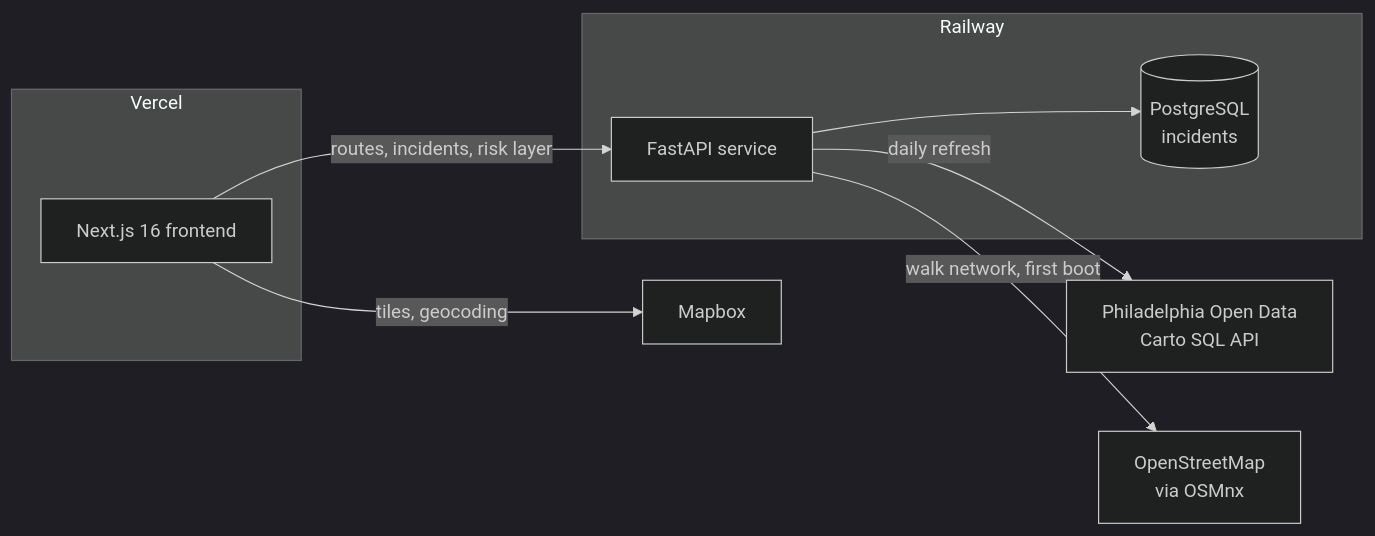
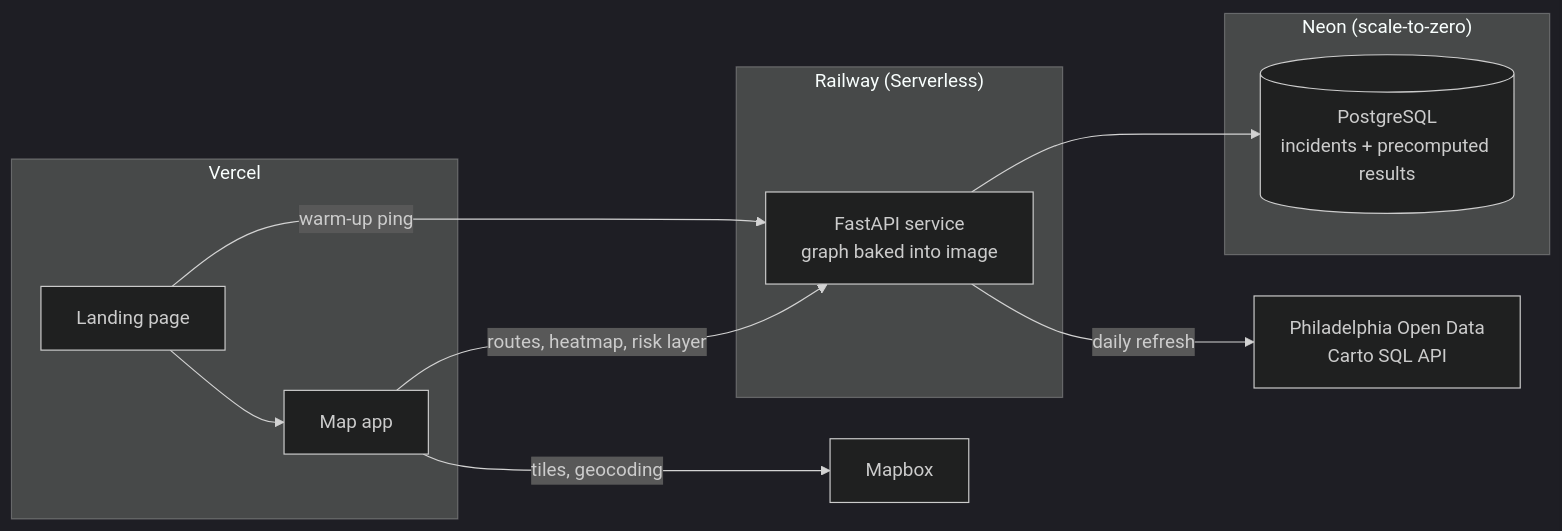
One commit to malikcodeseverything/tuMaps changed the diagram in README.md. Above: the diagram before and after it, drawn with Mermaid (dark theme). The commit also changed other lines of this file and 29 other files, not shown here.

Commit message:
Fast cold starts, landing page redesign, Neon-ready backend

````diff
--- a/README.md
+++ b/README.md
@@ -22,15 +23,17 @@
 ```mermaid
 flowchart LR
     subgraph Vercel
-        FE[Next.js 16 frontend]
+        LP[Landing page] --> FE[Map app]
     end
-    subgraph Railway
-        API[FastAPI service]
-        DB[(PostgreSQL<br/>incidents)]
+    subgraph Railway["Railway (Serverless)"]
+        API[FastAPI service<br/>graph baked into image]
     end
-    FE -- "routes, incidents, risk layer" --> API
+    subgraph Neon["Neon (scale-to-zero)"]
+        DB[(PostgreSQL<br/>incidents + precomputed results)]
+    end
+    LP -- "warm-up ping" --> API
+    FE -- "routes, heatmap, risk layer" --> API
     FE -- "tiles, geocoding" --> MB[Mapbox]
     API --> DB
     API -- "daily refresh" --> PHL[Philadelphia Open Data<br/>Carto SQL API]
-    API -- "walk network, first boot" --> OSM[OpenStreetMap<br/>via OSMnx]
 ```
````
